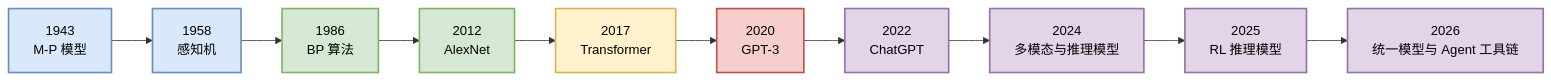
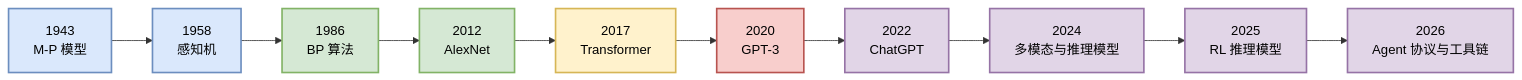
Before and after one commit to glenzli/ai-summary-book: the first of 5 diagrams in books/ai-technical-survey/introduction.md, drawn with Mermaid. The commit also changed other lines of this file and 37 other files, not shown here.

````diff
--- a/books/ai-technical-survey/introduction.md
+++ b/books/ai-technical-survey/introduction.md
@@ -16,38 +18,38 @@
 ```mermaid
 graph LR
     %% 时间节点定义
     T1943["1943<br/>M-P 模型"]
     T1958["1958<br/>感知机"]
     T1986["1986<br/>BP 算法"]
     T2012["2012<br/>AlexNet"]
     T2017["2017<br/>Transformer"]
     T2020["2020<br/>GPT-3"]
     T2022["2022<br/>ChatGPT"]
     T2024["2024<br/>多模态与推理模型"]
     T2025["2025<br/>RL 推理模型"]
-    T2026["2026<br/>统一模型与 Agent 工具链"]
+    T2026["2026<br/>Agent 协议与工具链"]
 
     %% 连接
     T1943 --> T1958
     T1958 --> T1986
     T1986 --> T2012
     T2012 --> T2017
     T2017 --> T2020
     T2020 --> T2022
     T2022 --> T2024
     T2024 --> T2025
     T2025 --> T2026
 
     %% 样式
     classDef blue fill:#DAE8FC,stroke:#6C8EBF,stroke-width:2px,color:#000000;
     classDef green fill:#D5E8D4,stroke:#82B366,stroke-width:2px,color:#000000;
     classDef yellow fill:#FFF2CC,stroke:#D6B656,stroke-width:2px,color:#000000;
     classDef red fill:#F8CECC,stroke:#B85450,stroke-width:2px,color:#000000;
     classDef purple fill:#E1D5E7,stroke:#9673A6,stroke-width:2px,color:#000000;
 
     class T1943,T1958 blue;
     class T1986,T2012 green;
     class T2017 yellow;
     class T2020 red;
     class T2022,T2024,T2025,T2026 purple;
 ```
````
